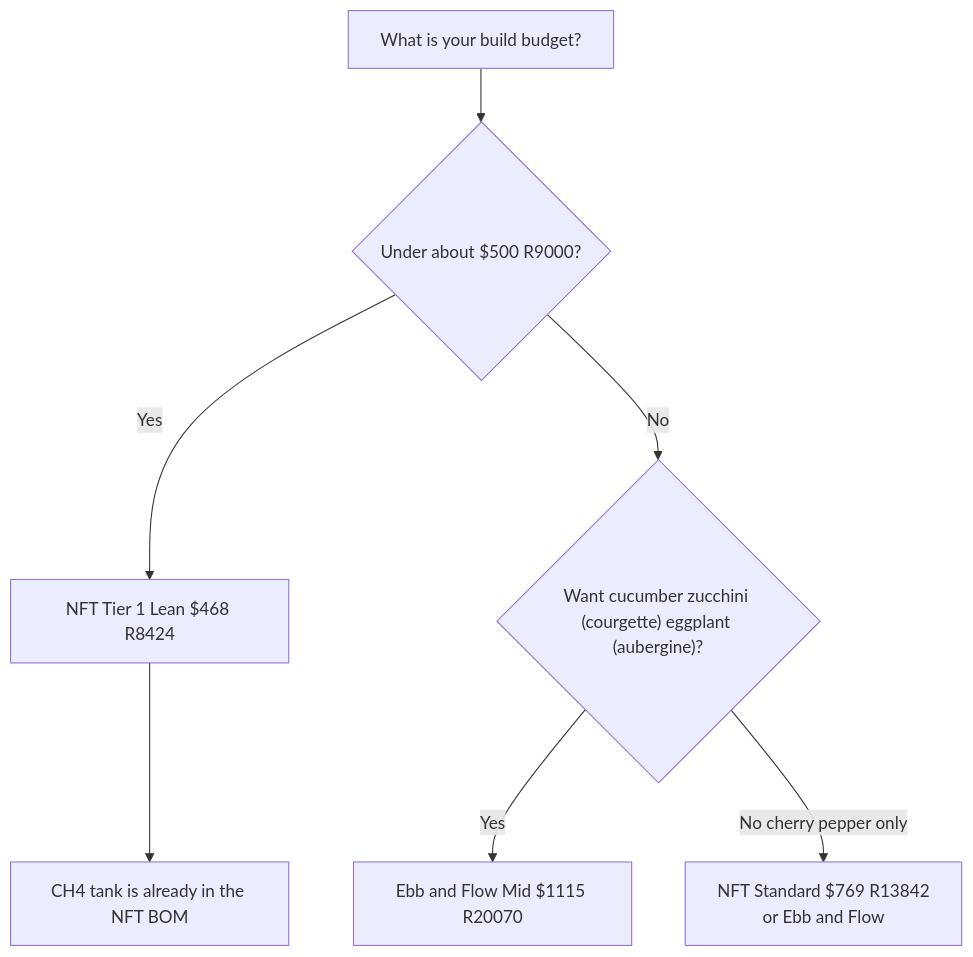
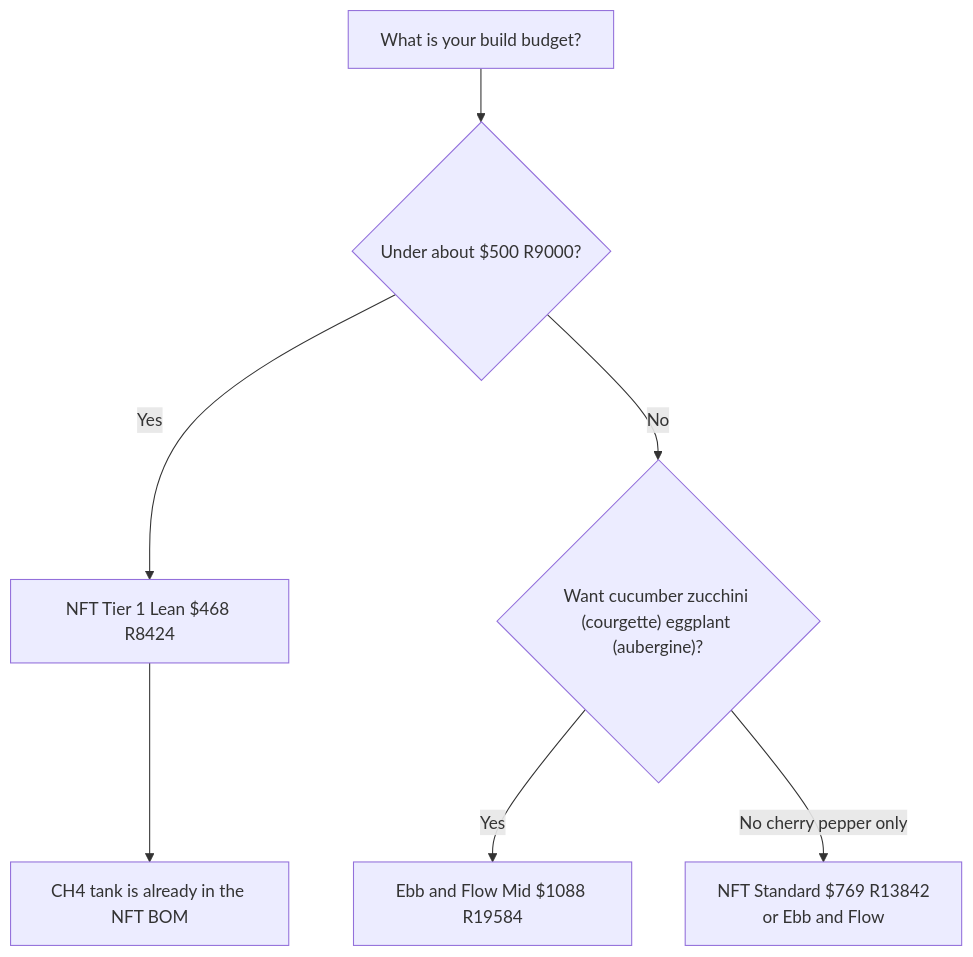
The diagram in guide/compare/04-cost.md (UncleJS/guide_hydroponics), drawn with Mermaid before and after one commit. The commit also changed other lines of this file and 20 other files, not shown here.

````diff
--- a/guide/compare/04-cost.md
+++ b/guide/compare/04-cost.md
@@ -255,9 +255,9 @@
 ```mermaid
 flowchart TD
   budget["What is your build budget?"] --> under500{"Under about $500 R9000?"}
   under500 -->|Yes| leafy["NFT Tier 1 Lean $468 R8424"]
   under500 -->|No| wantFruit{"Want cucumber zucchini (courgette) eggplant (aubergine)?"}
-  wantFruit -->|Yes| ef["Ebb and Flow Mid $1115 R20070"]
+  wantFruit -->|Yes| ef["Ebb and Flow Mid $1088 R19584"]
   wantFruit -->|No cherry pepper only| nftFruit["NFT Standard $769 R13842<br/>or Ebb and Flow"]
   leafy --> later["CH4 tank is already in the NFT BOM"]
 ```
````
